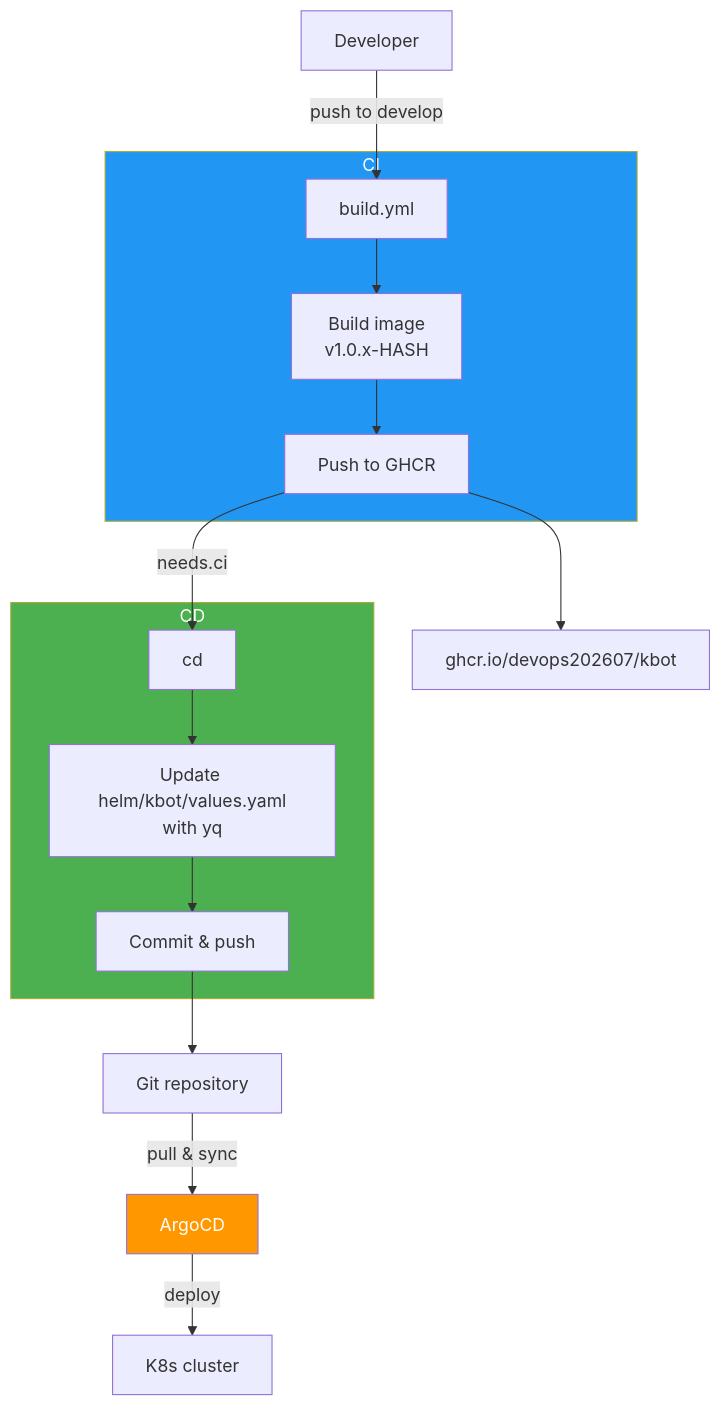
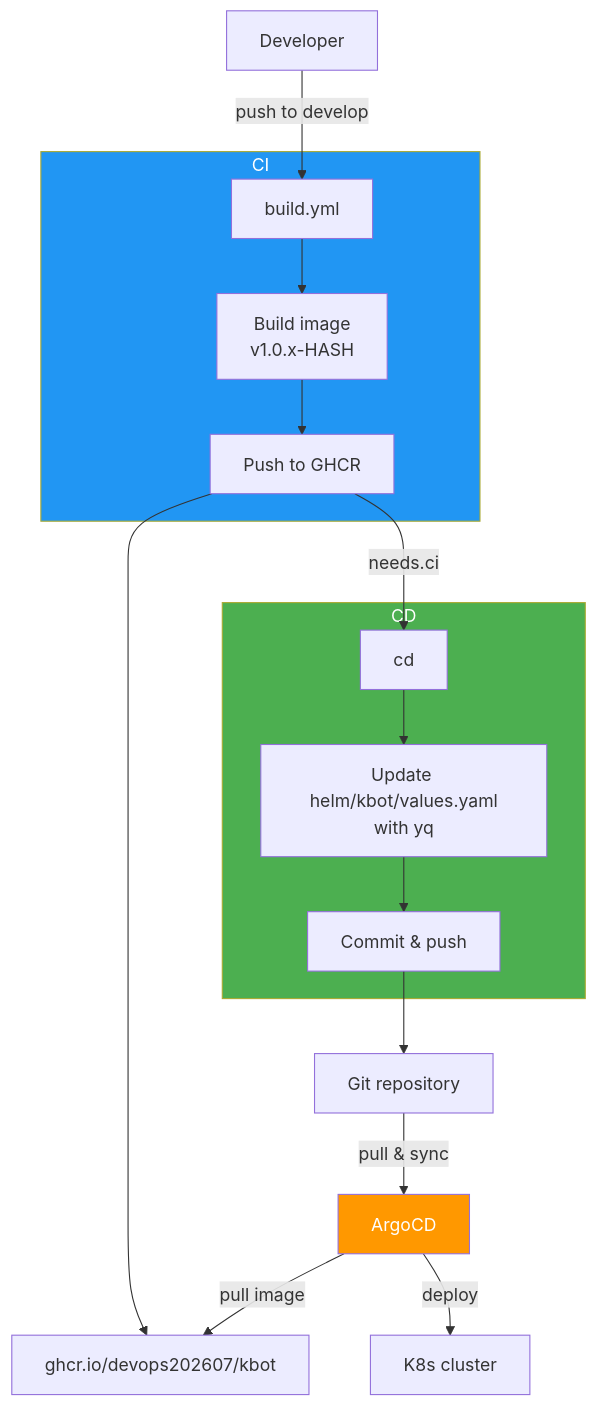
One commit to devops202607/kbot changed the diagram in README.md. Above: the diagram before and after it, drawn with Mermaid.

Commit message:
docs: show ArgoCD pulls image from GHCR in diagram

````diff
--- a/README.md
+++ b/README.md
@@ -13,26 +13,27 @@
 ```mermaid
 flowchart TD
     A[Developer] -->|push to develop| B[build.yml]
 
     subgraph ci [CI]
         B --> C[Build image<br/>v1.0.x-HASH]
         C --> D[Push to GHCR]
     end
 
     D -->|needs.ci| E[cd]
 
     subgraph cd [CD]
         E --> F[Update helm/kbot/values.yaml<br/>with yq]
         F --> G[Commit & push]
     end
 
     G --> H[Git repository]
     H -->|pull & sync| I[ArgoCD]
+    I -->|pull image| K
     I -->|deploy| J[K8s cluster]
 
     D --> K[ghcr.io/devops202607/kbot]
 
     style ci fill:#2196f3,color:#fff
     style cd fill:#4caf50,color:#fff
     style I fill:#ff9800,color:#fff
 ```
````
